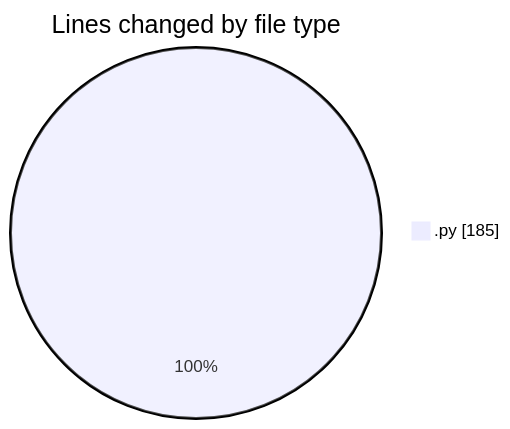
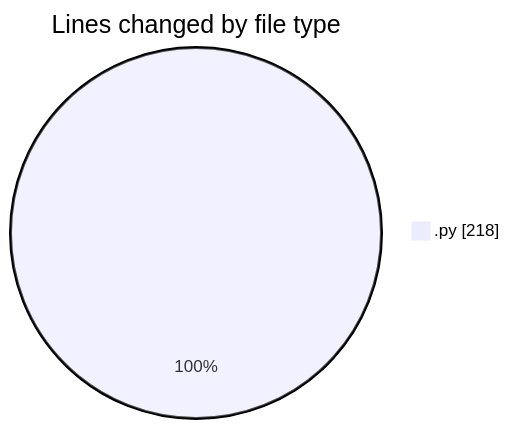
Before and after one commit to momahboobian/code-tracking: the first of 2 diagrams in 2025-05-07/samplepdf/README.md, drawn with Mermaid. The commit also changed other lines of this file and 1 other file, not shown here.

````diff
--- a/2025-05-07/samplepdf/README.md
+++ b/2025-05-07/samplepdf/README.md
@@ -23,5 +23,5 @@
 ```mermaid
 pie showData
 title Lines changed by file type
-".py" : 185
+".py" : 218
 ```
````
